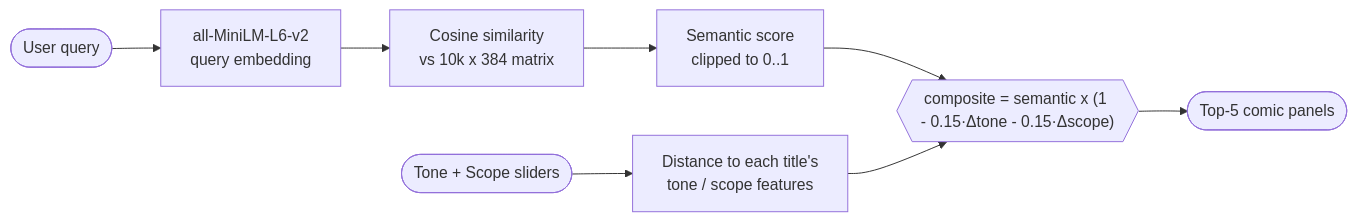
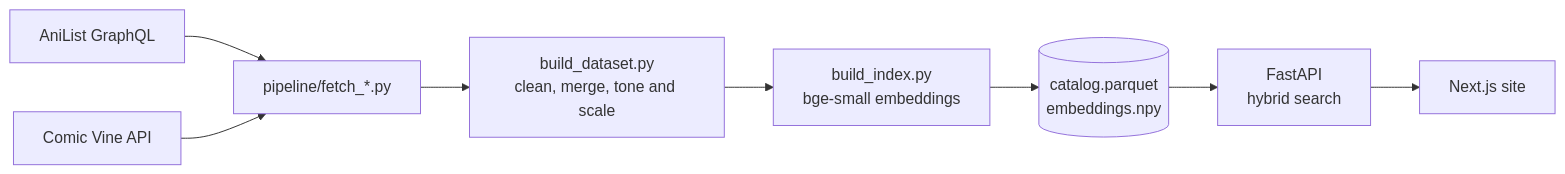
Before and after one commit to SlazzInC0de/imazinthecomicz: the diagram in README.md, drawn with Mermaid. The commit also changed other lines of this file and 5 other files, not shown here.

````diff
--- a/README.md
+++ b/README.md
@@ -33,10 +32,10 @@
 ```mermaid
 flowchart LR
-    Q([User query]) --> E[all-MiniLM-L6-v2<br/>query embedding]
-    E --> C[Cosine similarity<br/>vs 10k x 384 matrix]
-    C --> S[Semantic score<br/>clipped to 0..1]
-    T([Tone + Scope sliders]) --> P[Distance to each title's<br/>tone / scope features]
-    S --> M{{"composite = semantic x (1 - 0.15·Δtone - 0.15·Δscope)"}}
-    P --> M
-    M --> R([Top-5 comic panels])
+    A[AniList GraphQL] --> F[pipeline/fetch_*.py]
+    C[Comic Vine API] --> F
+    F --> B[build_dataset.py<br/>clean, merge, tone and scale]
+    B --> I[build_index.py<br/>bge-small embeddings]
+    I --> D[(catalog.parquet<br/>embeddings.npy)]
+    D --> API[FastAPI<br/>hybrid search]
+    API --> W[Next.js site]
 ```
````
